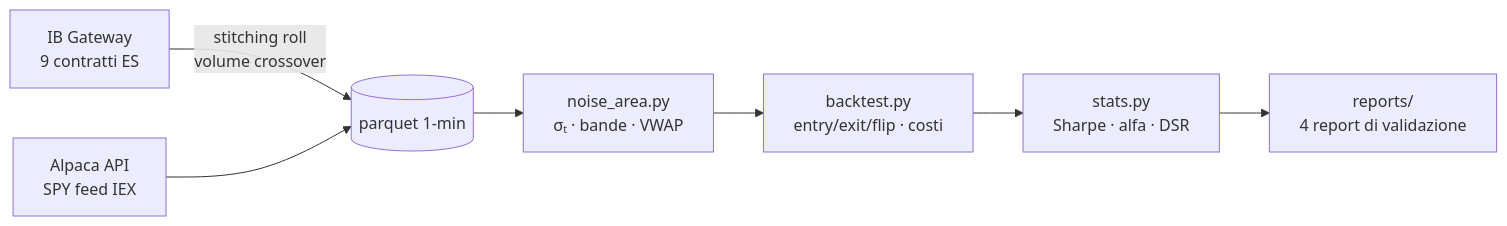
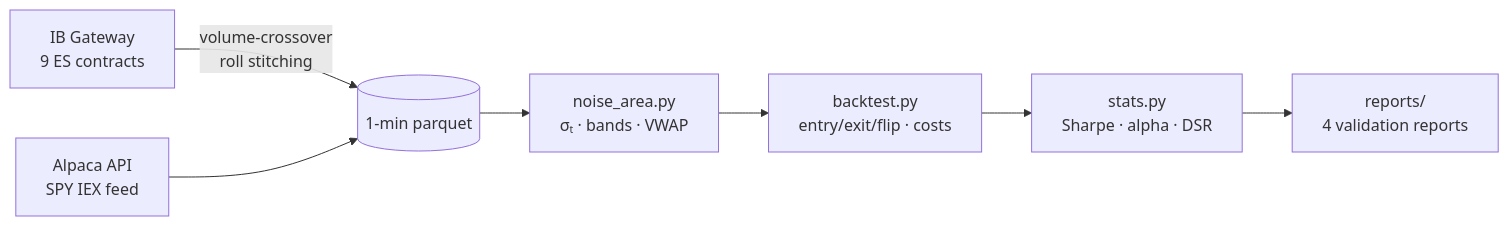
One commit to giovannibrusco/replica-zarattini changed the diagram in README.md. Above: the diagram before and after it, drawn with Mermaid. The commit also changed other lines of this file and 27 other files, not shown here.

````diff
--- a/README.md
+++ b/README.md
@@ -28,9 +32,9 @@
 ```mermaid
 flowchart LR
-    A[IB Gateway<br/>9 contratti ES] -->|stitching roll<br/>volume crossover| C[(parquet 1-min)]
-    B[Alpaca API<br/>SPY feed IEX] --> C
-    C --> D[noise_area.py<br/>σₜ · bande · VWAP]
-    D --> E[backtest.py<br/>entry/exit/flip · costi]
-    E --> F[stats.py<br/>Sharpe · alfa · DSR]
-    F --> G[reports/<br/>4 report di validazione]
+    A[IB Gateway<br/>9 ES contracts] -->|volume-crossover<br/>roll stitching| C[(1-min parquet)]
+    B[Alpaca API<br/>SPY IEX feed] --> C
+    C --> D[noise_area.py<br/>σₜ · bands · VWAP]
+    D --> E[backtest.py<br/>entry/exit/flip · costs]
+    E --> F[stats.py<br/>Sharpe · alpha · DSR]
+    F --> G[reports/<br/>4 validation reports]
 ```
````
